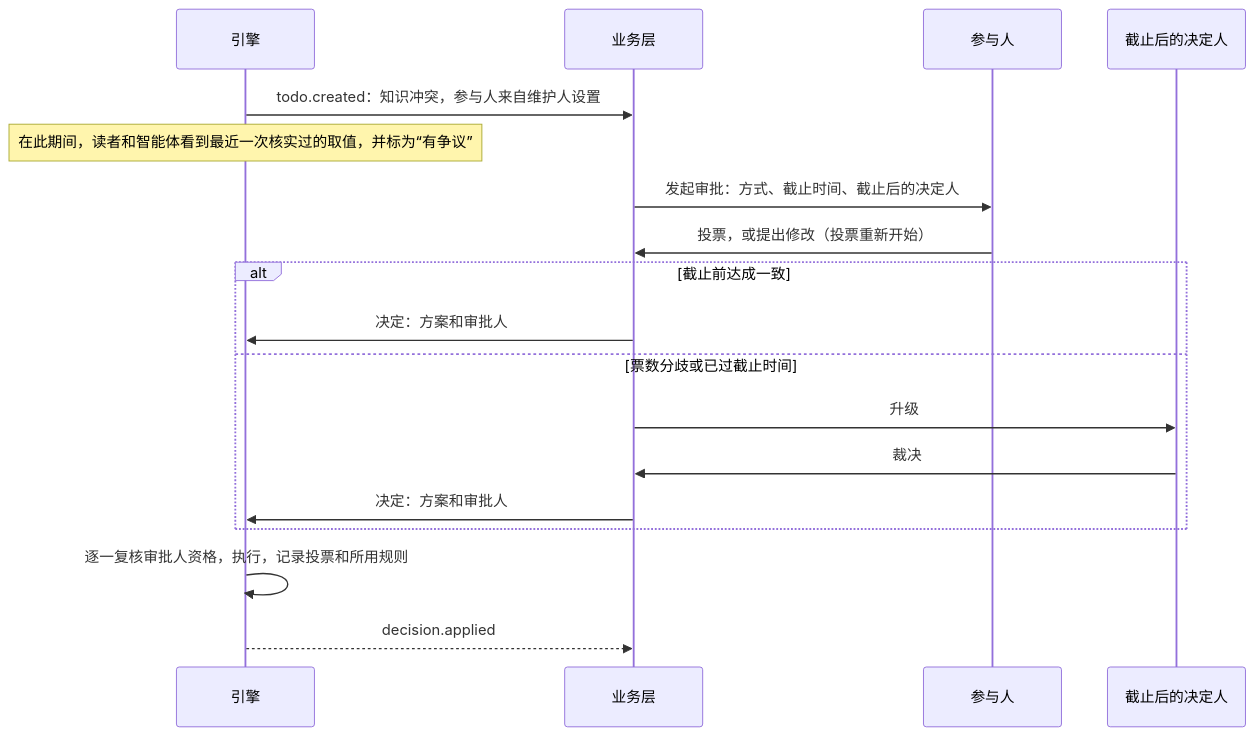
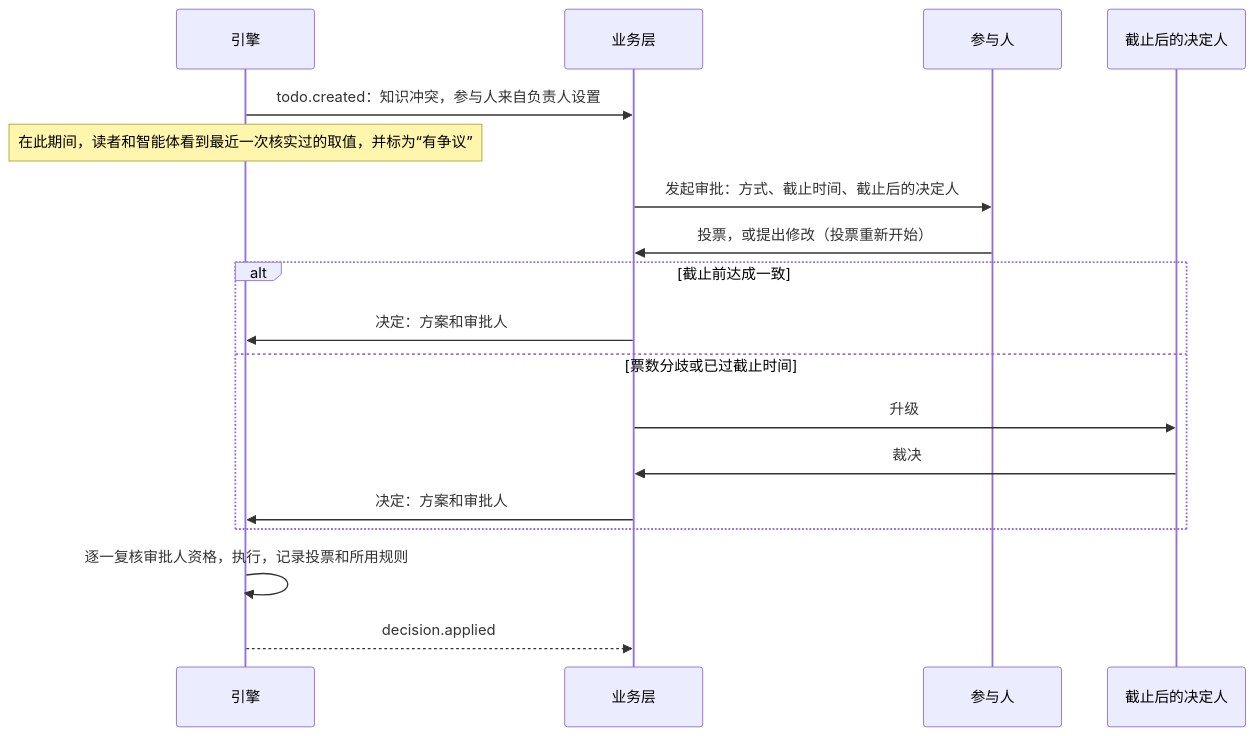
The first of 2 diagrams in docs/zh/design/business-layer.md (AngelMsger/Inspiration), drawn with Mermaid before and after one commit. The commit also changed other lines of this file and 24 other files, not shown here.

````diff
--- a/docs/zh/design/business-layer.md
+++ b/docs/zh/design/business-layer.md
@@ -193,20 +193,20 @@
 ```mermaid
 sequenceDiagram
   participant E as 引擎
   participant B as 业务层
   participant P as 参与人
   participant F as 截止后的决定人
-  E->>B: todo.created：知识冲突，参与人来自维护人设置
+  E->>B: todo.created：知识冲突，参与人来自负责人设置
   Note over E: 在此期间，读者和智能体看到最近一次核实过的取值，并标为“有争议”
   B->>P: 发起审批：方式、截止时间、截止后的决定人
   P->>B: 投票，或提出修改（投票重新开始）
   alt 截止前达成一致
     B->>E: 决定：方案和审批人
   else 票数分歧或已过截止时间
     B->>F: 升级
     F->>B: 裁决
     B->>E: 决定：方案和审批人
   end
   E->>E: 逐一复核审批人资格，执行，记录投票和所用规则
   E-->>B: decision.applied
 ```
````
